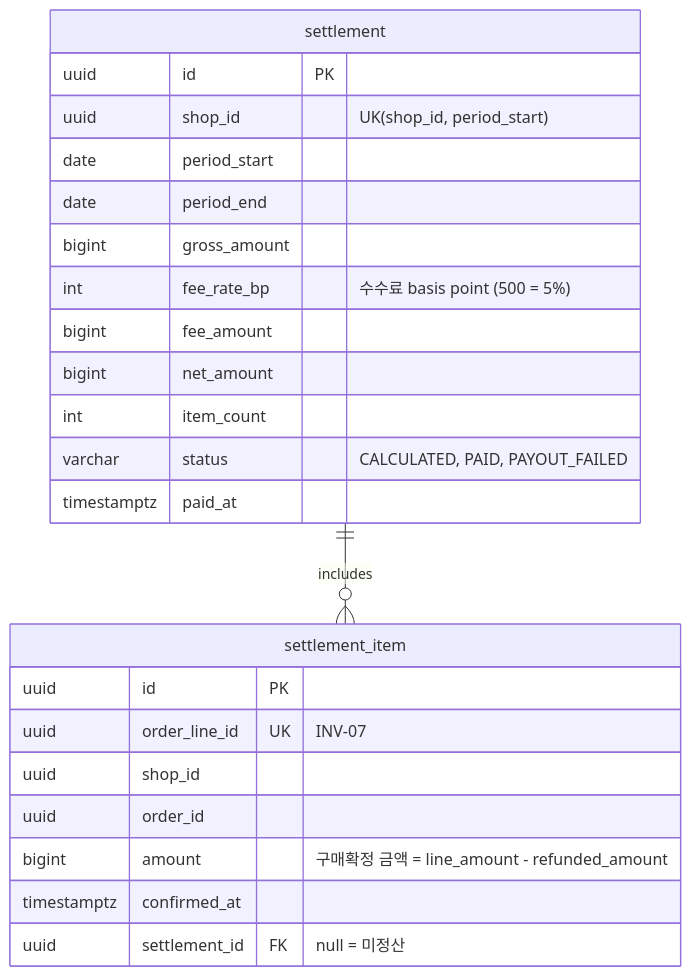
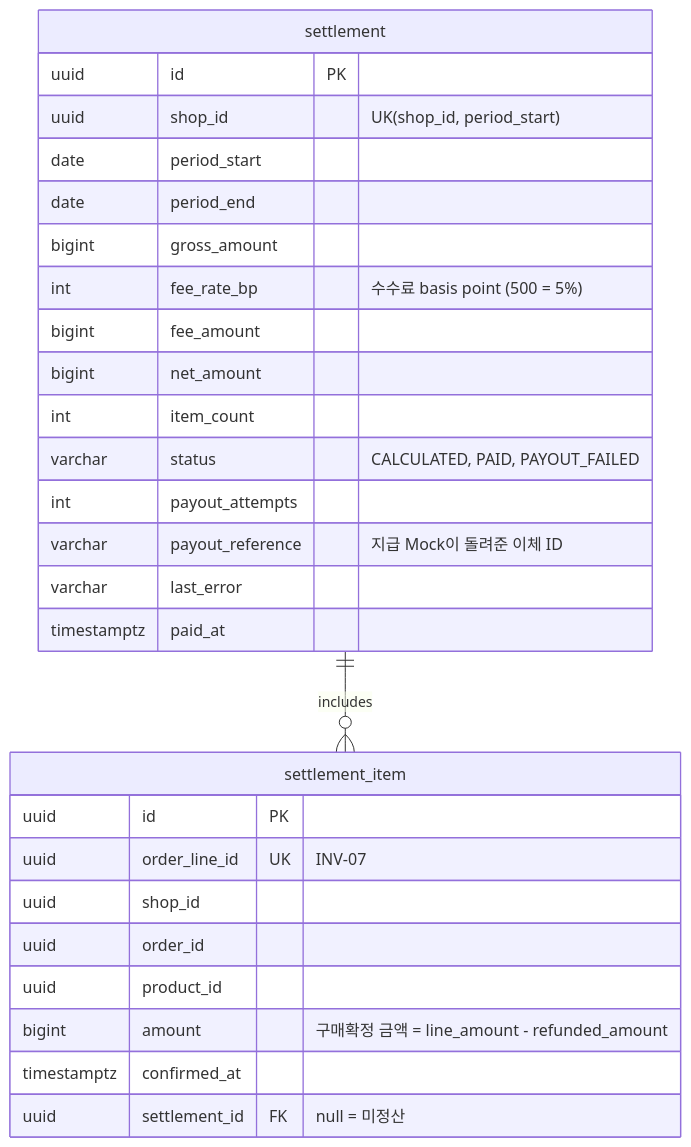
Before and after one commit to 95twan/myroutine-v2: the sixth of 10 diagrams in docs/02-design/03-erd.md, drawn with Mermaid. The commit also changed other lines of this file and 27 other files, not shown here.

````diff
--- a/docs/02-design/03-erd.md
+++ b/docs/02-design/03-erd.md
@@ -363,26 +302,30 @@
 ```mermaid
 erDiagram
   settlement ||--o{ settlement_item : includes
   settlement_item {
     uuid id PK
     uuid order_line_id UK "INV-07"
     uuid shop_id
     uuid order_id
+    uuid product_id
     bigint amount "구매확정 금액 = line_amount - refunded_amount"
     timestamptz confirmed_at
     uuid settlement_id FK "null = 미정산"
   }
   settlement {
     uuid id PK
     uuid shop_id "UK(shop_id, period_start)"
     date period_start
     date period_end
     bigint gross_amount
     int fee_rate_bp "수수료 basis point (500 = 5%)"
     bigint fee_amount
     bigint net_amount
     int item_count
     varchar status "CALCULATED, PAID, PAYOUT_FAILED"
+    int payout_attempts
+    varchar payout_reference "지급 Mock이 돌려준 이체 ID"
+    varchar last_error
     timestamptz paid_at
   }
 ```
````
